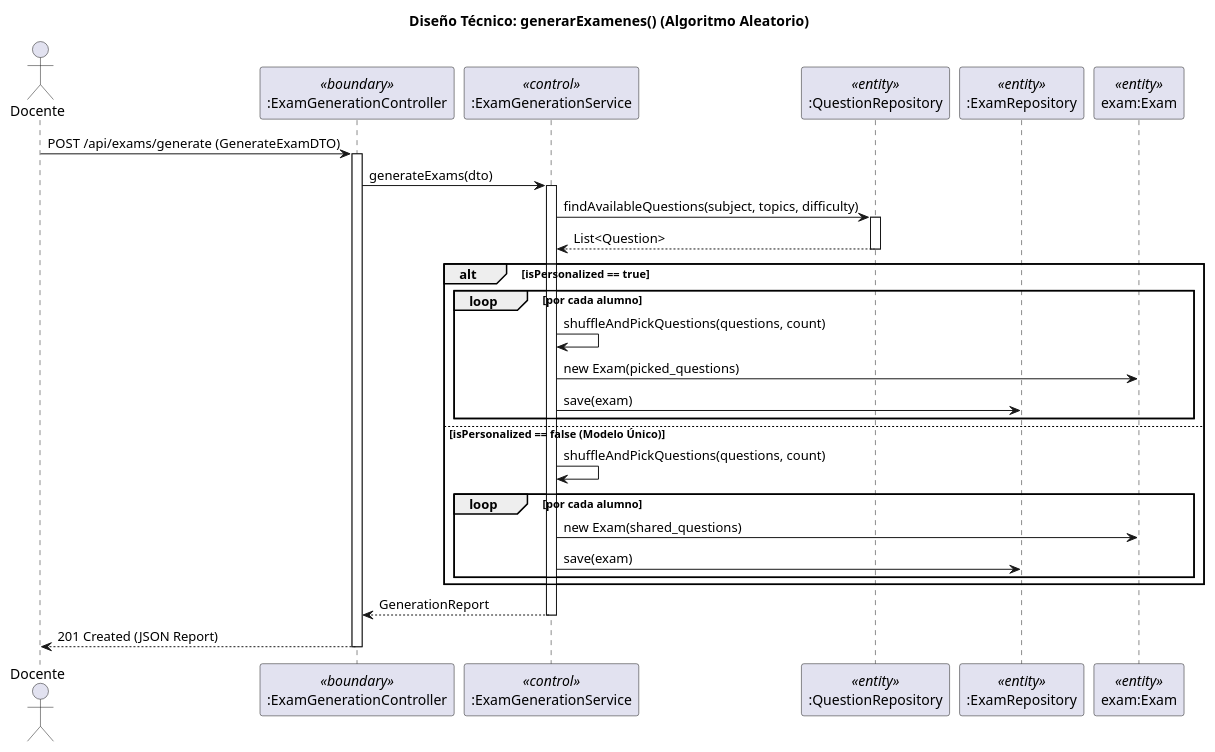
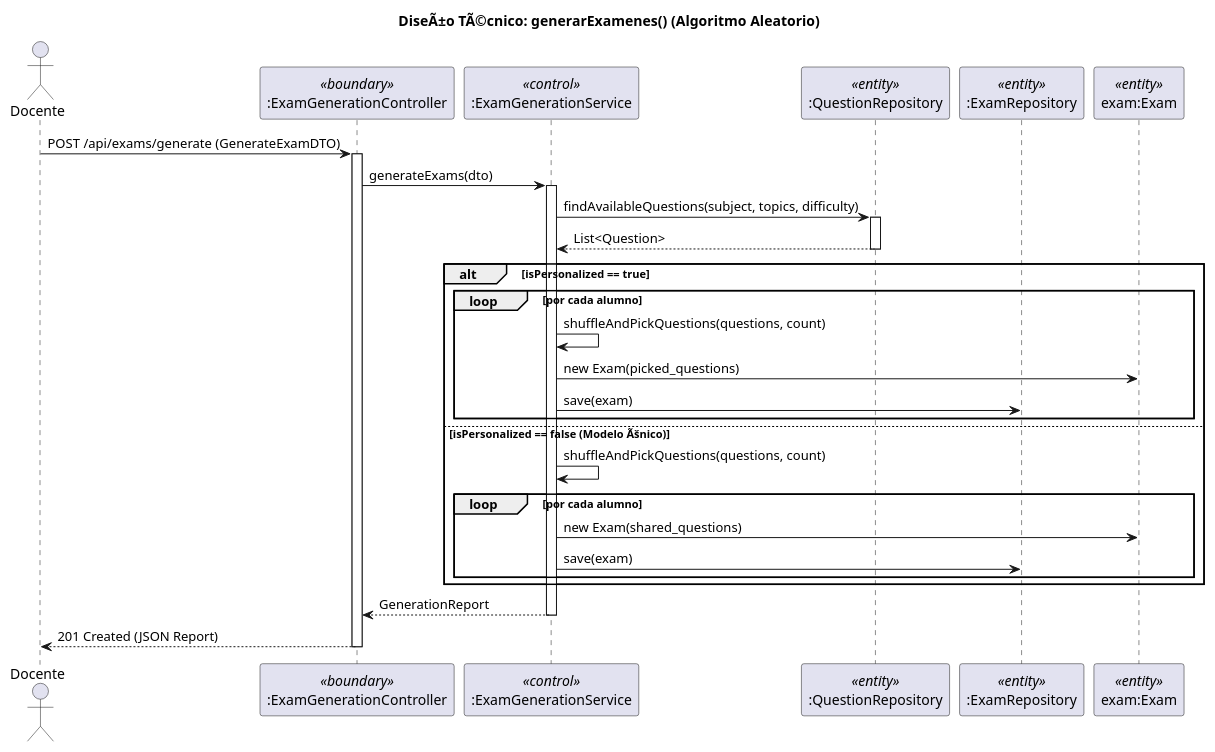
The second of 2 diagrams in RUP/01-analisis/casos-uso/CU-02-generarExamenes/README.md (liamanderson873/25-26-idsw2-sdVC), drawn with PlantUML before and after one commit. The commit also changed other lines of this file and 206 other files, not shown here.

````diff
--- a/RUP/01-analisis/casos-uso/CU-02-generarExamenes/README.md
+++ b/RUP/01-analisis/casos-uso/CU-02-generarExamenes/README.md
@@ -104,46 +104,46 @@
 ```plantuml
 @startuml CU-02-generarExamenes-diseno
 
 skinparam linetype polyline
 
 actor "Docente" as Actor
 participant ":ExamGenerationController" as Controller <<boundary>>
 participant ":ExamGenerationService" as Service <<control>>
 participant ":QuestionRepository" as QRepo <<entity>>
 participant ":ExamRepository" as ERepo <<entity>>
 participant "exam:Exam" as Entity <<entity>>
 
-title Diseño Técnico: generarExamenes() (Algoritmo Aleatorio)
+title DiseÃ±o TÃ©cnico: generarExamenes() (Algoritmo Aleatorio)
 
 Actor -> Controller : POST /api/exams/generate (GenerateExamDTO)
 activate Controller
 
 Controller -> Service : generateExams(dto)
 activate Service
 
 Service -> QRepo : findAvailableQuestions(subject, topics, difficulty)
 activate QRepo
 return List<Question>
 
 alt isPersonalized == true
     loop por cada alumno
         Service -> Service : shuffleAndPickQuestions(questions, count)
         Service -> Entity : new Exam(picked_questions)
         Service -> ERepo : save(exam)
     end
-else isPersonalized == false (Modelo Único)
+else isPersonalized == false (Modelo Ãšnico)
     Service -> Service : shuffleAndPickQuestions(questions, count)
     loop por cada alumno
         Service -> Entity : new Exam(shared_questions)
         Service -> ERepo : save(exam)
     end
 end
 
 Service --> Controller : GenerationReport
 deactivate Service
 
 Controller --> Actor : 201 Created (JSON Report)
 deactivate Controller
 
 @enduml
 ```
````
